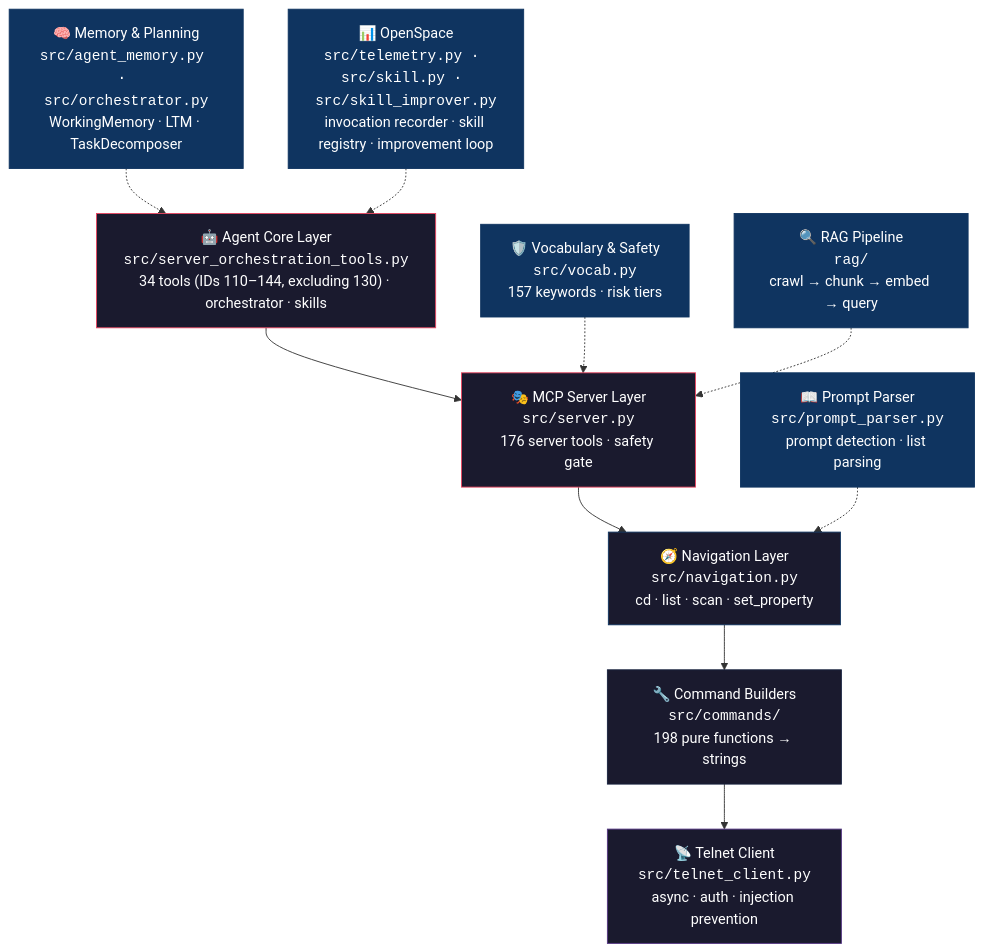
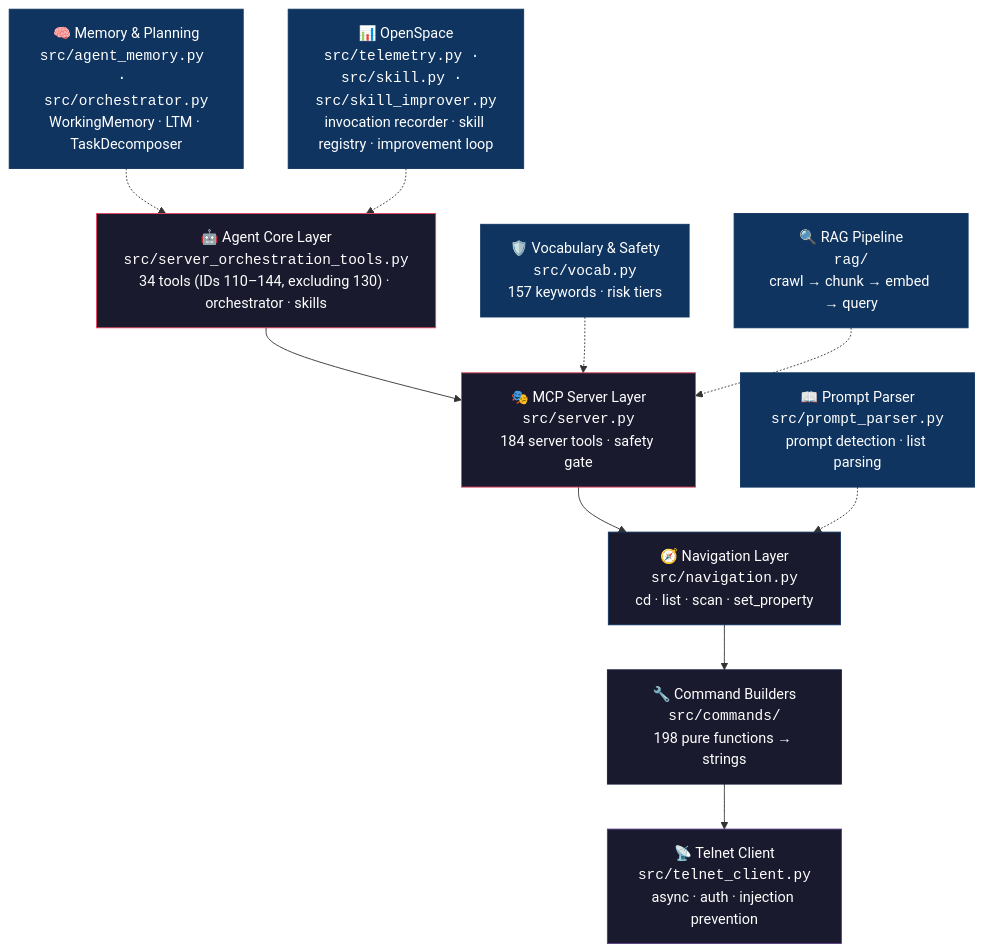
The first of 2 diagrams in README.md (drohi-r/grandma2-mcp), drawn with Mermaid before and after one commit. The commit also changed other lines of this file and 16 other files, not shown here.

````diff
--- a/README.md
+++ b/README.md
@@ -64,25 +64,25 @@
 ```mermaid
 graph TD
     H["🤖 Agent Core Layer<br/><code>src/server_orchestration_tools.py</code><br/>34 tools (IDs 110–144, excluding 130) · orchestrator · skills"] --> A
-    A["🎭 MCP Server Layer<br/><code>src/server.py</code><br/>176 server tools · safety gate"] --> B
+    A["🎭 MCP Server Layer<br/><code>src/server.py</code><br/>184 server tools · safety gate"] --> B
     B["🧭 Navigation Layer<br/><code>src/navigation.py</code><br/>cd · list · scan · set_property"] --> C
     C["🔧 Command Builders<br/><code>src/commands/</code><br/>198 pure functions → strings"] --> D
     D["📡 Telnet Client<br/><code>src/telnet_client.py</code><br/>async · auth · injection prevention"]
 
     E["📖 Prompt Parser<br/><code>src/prompt_parser.py</code><br/>prompt detection · list parsing"] -.-> B
     F["🛡️ Vocabulary & Safety<br/><code>src/vocab.py</code><br/>157 keywords · risk tiers"] -.-> A
     G["🔍 RAG Pipeline<br/><code>rag/</code><br/>crawl → chunk → embed → query"] -.-> A
     I["🧠 Memory & Planning<br/><code>src/agent_memory.py · src/orchestrator.py</code><br/>WorkingMemory · LTM · TaskDecomposer"] -.-> H
     J["📊 OpenSpace<br/><code>src/telemetry.py · src/skill.py · src/skill_improver.py</code><br/>invocation recorder · skill registry · improvement loop"] -.-> H
 
     style H fill:#1a1a2e,stroke:#e94560,color:#fff
     style A fill:#1a1a2e,stroke:#e94560,color:#fff
     style B fill:#1a1a2e,stroke:#0f3460,color:#fff
     style C fill:#1a1a2e,stroke:#16213e,color:#fff
     style D fill:#1a1a2e,stroke:#533483,color:#fff
     style E fill:#0f3460,stroke:#0f3460,color:#fff
     style F fill:#0f3460,stroke:#0f3460,color:#fff
     style G fill:#0f3460,stroke:#0f3460,color:#fff
     style I fill:#0f3460,stroke:#0f3460,color:#fff
     style J fill:#0f3460,stroke:#0f3460,color:#fff
 ```
````
